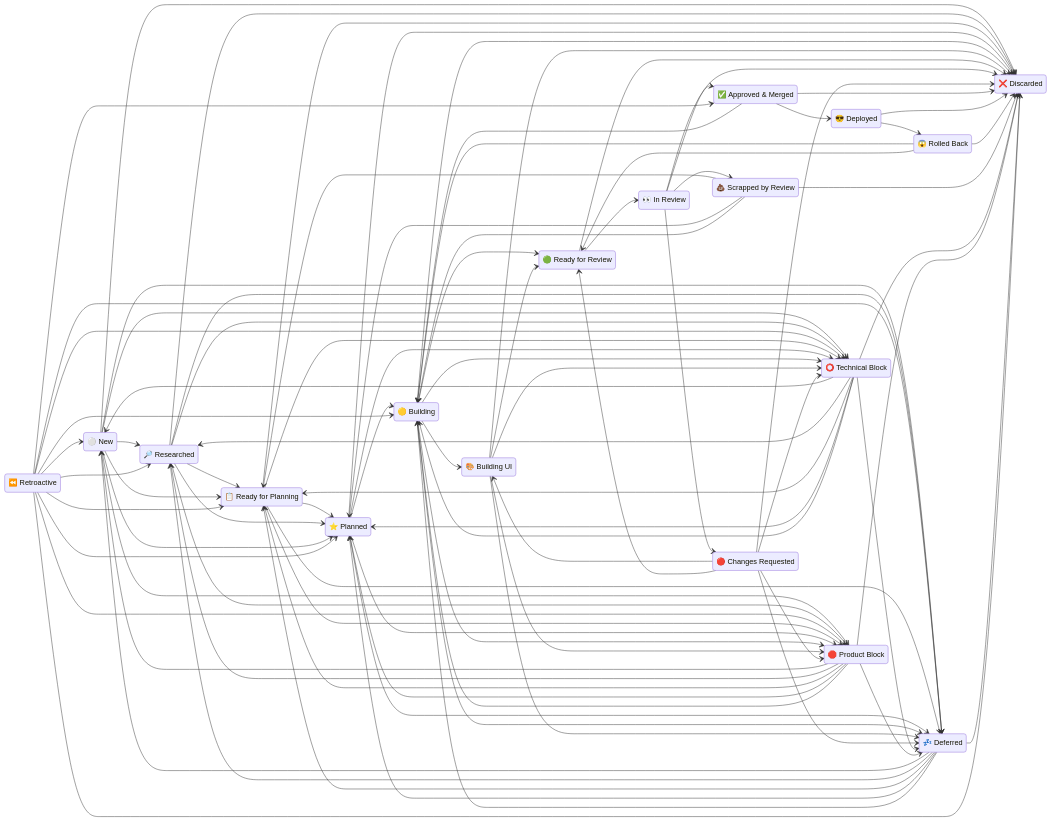
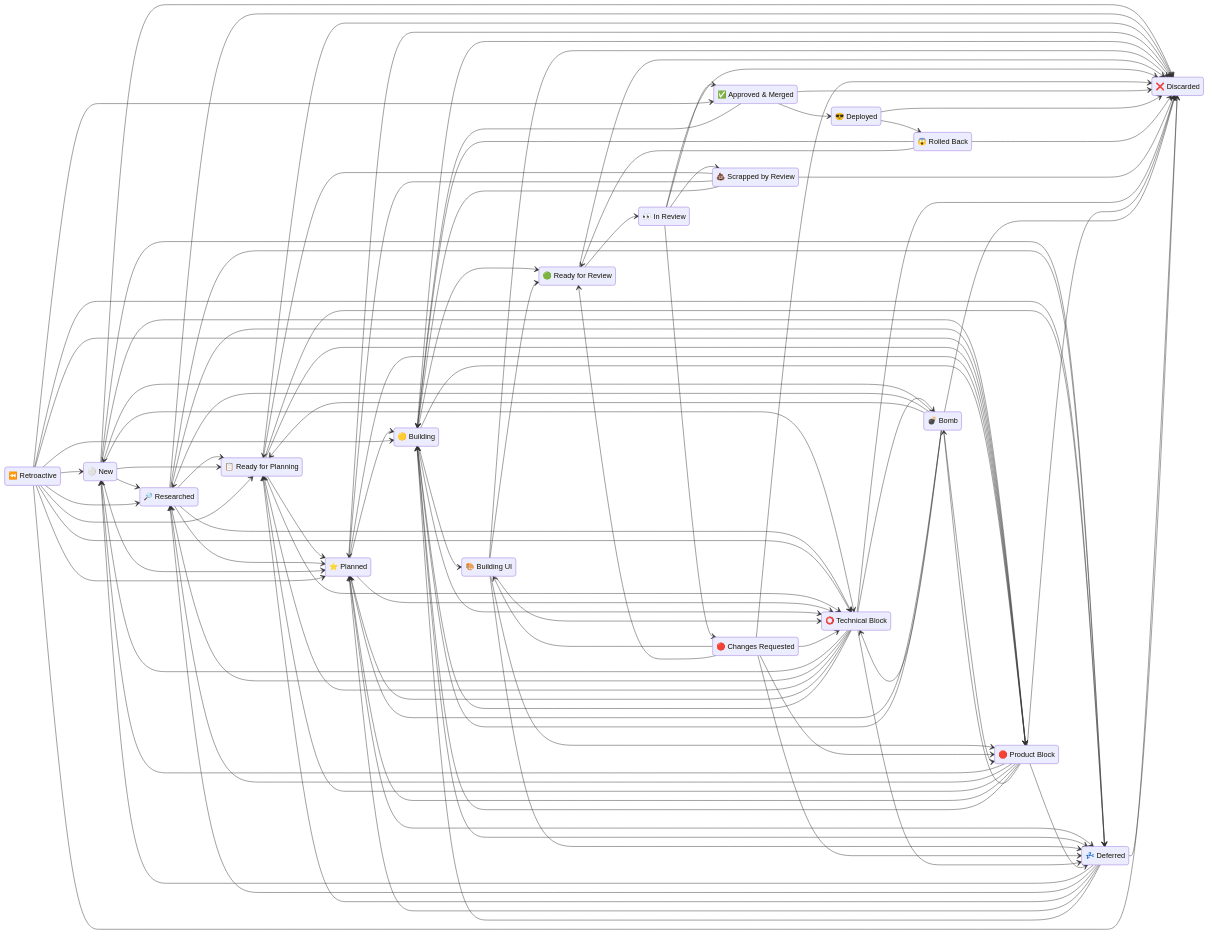
The diagram in docs/WORKFLOW.md (kigster/openlanes), drawn with Mermaid before and after one commit. The commit also changed other lines of this file and 5 other files, not shown here.

````diff
--- a/docs/WORKFLOW.md
+++ b/docs/WORKFLOW.md
@@ -172,6 +174,7 @@
     shit : 💩 Scrapped by Review
     blocked : ⭕ Technical Block
     product_blocked : 🛑 Product Block
+    bomb : 💣 Bomb
     deferred : 💤 Deferred
     retroactive : ⏪ Retroactive
     discarded : ❌ Discarded
@@ -179,11 +182,13 @@
     retroactive --> new
     blocked --> new
     product_blocked --> new
+    bomb --> new
     deferred --> new
     new --> researched
     retroactive --> researched
     blocked --> researched
     product_blocked --> researched
+    bomb --> researched
     deferred --> researched
     researched --> ready_for_planning
     new --> ready_for_planning
@@ -191,6 +196,7 @@
     shit --> ready_for_planning
     blocked --> ready_for_planning
     product_blocked --> ready_for_planning
+    bomb --> ready_for_planning
     deferred --> ready_for_planning
     ready_for_planning --> planned
     researched --> planned
@@ -199,6 +205,7 @@
     shit --> planned
     blocked --> planned
     product_blocked --> planned
+    bomb --> planned
     deferred --> planned
     planned --> building
     shit --> building
@@ -207,6 +214,7 @@
     retroactive --> building
     blocked --> building
     product_blocked --> building
+    bomb --> building
     deferred --> building
     building --> building_ui
     rejected --> building_ui
@@ -229,6 +237,7 @@
     building --> blocked
     building_ui --> blocked
     rejected --> blocked
+    bomb --> blocked
     new --> product_blocked
     researched --> product_blocked
     retroactive --> product_blocked
@@ -237,6 +246,9 @@
     building --> product_blocked
     building_ui --> product_blocked
     rejected --> product_blocked
+    bomb --> product_blocked
+    blocked --> bomb
+    product_blocked --> bomb
     new --> deferred
     researched --> deferred
     retroactive --> deferred
@@ -262,6 +274,7 @@
     shit --> discarded
     blocked --> discarded
     product_blocked --> discarded
+    bomb --> discarded
     deferred --> discarded
     retroactive --> discarded
 ```
````
